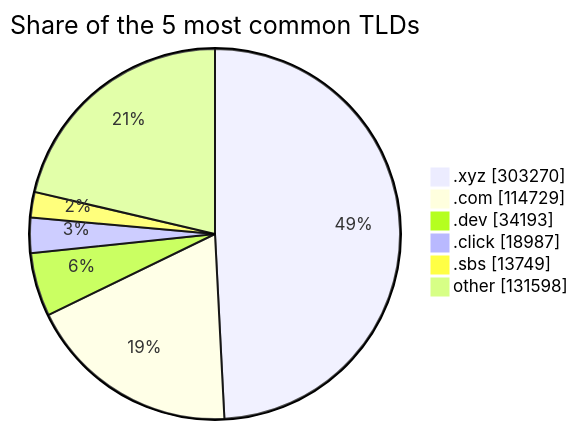
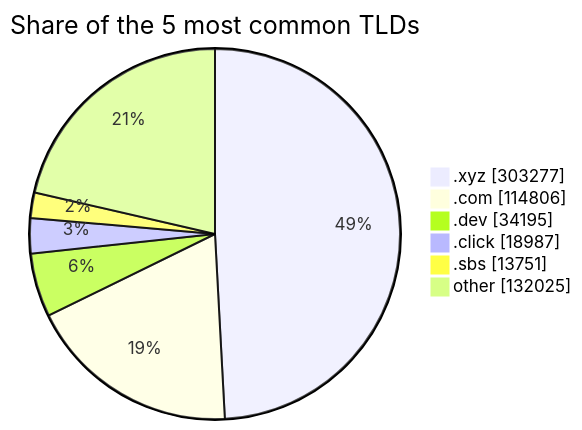
The third of 3 diagrams in README.md (DNSBunker/CTI), drawn with Mermaid before and after one commit. The commit also changed other lines of this file and 3 other files, not shown here.

````diff
--- a/README.md
+++ b/README.md
@@ -81,9 +81,9 @@
 ```mermaid
 pie showData title Share of the 5 most common TLDs
-    ".xyz" : 303270
-    ".com" : 114729
-    ".dev" : 34193
+    ".xyz" : 303277
+    ".com" : 114806
+    ".dev" : 34195
     ".click" : 18987
-    ".sbs" : 13749
-    "other" : 131598
+    ".sbs" : 13751
+    "other" : 132025
 ```
````
